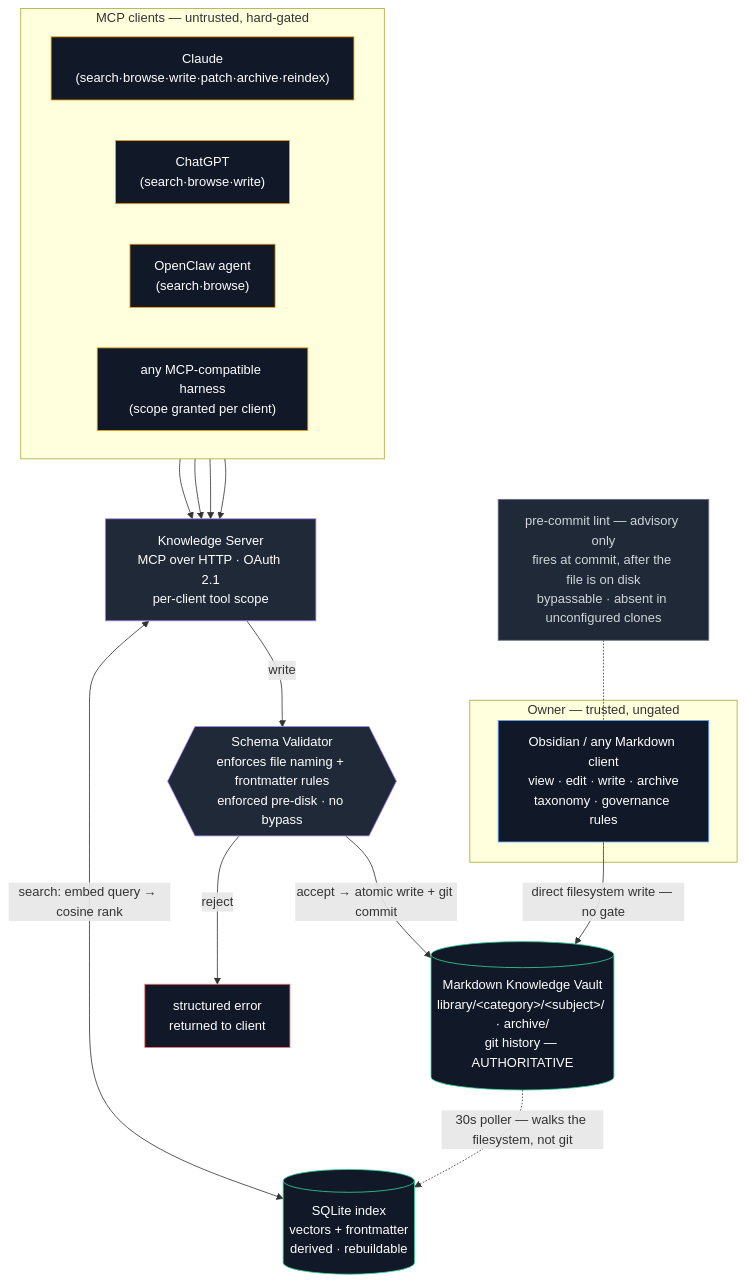
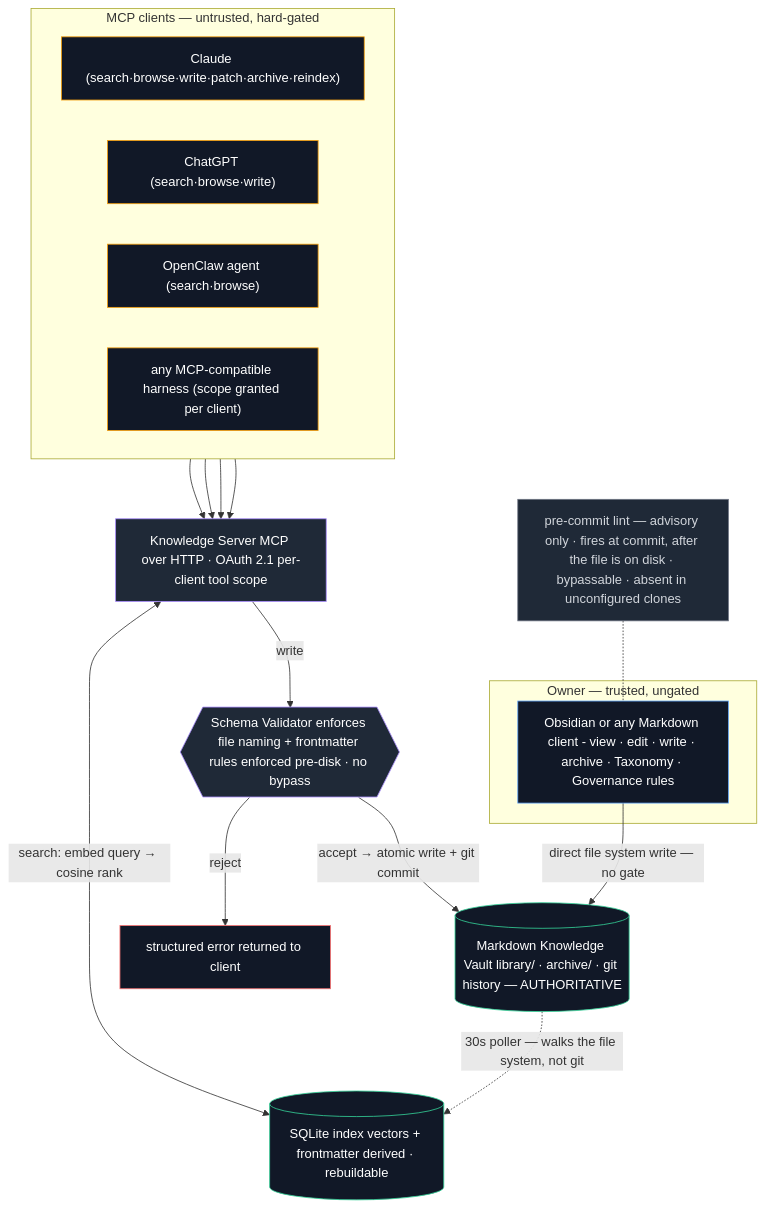
The second of 2 diagrams in README.md (rossblanchard/knowledge-server-public), drawn with Mermaid before and after one commit. The commit also changed other lines of this file, not shown here.

First line of the commit message:
README: new intro, simplified diagram label text

````diff
--- a/README.md
+++ b/README.md
@@ -121,54 +152,54 @@
 ```mermaid
 flowchart TB
     subgraph Untrusted["MCP clients — untrusted, hard-gated"]
         direction LR
-        C1["Claude<br/>(search·browse·write·patch·archive·reindex)"]
-        C2["ChatGPT<br/>(search·browse·write)"]
-        C3["OpenClaw agent<br/>(search·browse)"]
-        C4["any MCP-compatible harness<br/>(scope granted per client)"]
+        C1["Claude (search·browse·write·patch·archive·reindex)"]
+        C2["ChatGPT (search·browse·write)"]
+        C3["OpenClaw agent (search·browse)"]
+        C4["any MCP-compatible harness (scope granted per client)"]
     end
 
-    KS["Knowledge Server<br/>MCP over HTTP · OAuth 2.1<br/>per-client tool scope"]
+    KS["Knowledge Server MCP over HTTP · OAuth 2.1 per-client tool scope"]
 
     C1 --> KS
     C2 --> KS
     C3 --> KS
     C4 --> KS
 
     KS <-->|"search: embed query → cosine rank"| Index
     KS -->|write| Gate
 
-    Gate{{"Schema Validator<br/>enforces file naming + frontmatter rules<br/>enforced pre-disk · no bypass"}}
+    Gate{{"Schema Validator enforces file naming + frontmatter rules enforced pre-disk · no bypass"}}
 
-    Gate -->|reject| Err["structured error<br/>returned to client"]
+    Gate -->|reject| Err["structured error returned to client"]
     Gate -->|"accept → atomic write + git commit"| Vault
 
     subgraph Trusted["Owner — trusted, ungated"]
-        H["Obsidian / any Markdown client<br/>view · edit · write · archive<br/>taxonomy · governance rules"]
+        H["Obsidian or any Markdown client - view · edit · write · archive · Taxonomy · Governance rules"]
     end
 
-    Lint["pre-commit lint — advisory only<br/>fires at commit, after the file is on disk<br/>bypassable · absent in unconfigured clones"]
+    Lint["pre-commit lint — advisory only · fires at commit, after the file is on disk · bypassable · absent in unconfigured clones"]
 
     Lint -.- H
-    H -->|"direct filesystem write — no gate"| Vault
+    H -->|"direct file system write — no gate"| Vault
 
-    Vault[("Markdown Knowledge Vault<br/>library/&lt;category&gt;/&lt;subject&gt;/ · archive/<br/>git history — AUTHORITATIVE")]
+    Vault[("Markdown Knowledge Vault library/ · archive/ · git history — AUTHORITATIVE")]
 
-    Vault -.->|"30s poller — walks the filesystem, not git"| Index
+    Vault -.->|"30s poller — walks the file system, not git"| Index
 
-    Index[("SQLite index<br/>vectors + frontmatter<br/>derived · rebuildable")]
+    Index[("SQLite index vectors + frontmatter derived · rebuildable")]
 
     classDef untrusted fill:#111827,stroke:#f59e0b,color:#fff
     classDef trusted fill:#111827,stroke:#60a5fa,color:#fff
     classDef gate fill:#1f2937,stroke:#a78bfa,color:#fff
     classDef soft fill:#1f2937,stroke:#6b7280,color:#d1d5db
     classDef store fill:#111827,stroke:#34d399,color:#fff
     classDef bad fill:#111827,stroke:#f87171,color:#fff
 
     class C1,C2,C3,C4 untrusted
     class H trusted
     class KS,Gate gate
     class Lint soft
     class Vault,Index store
     class Err bad
 ```
````
